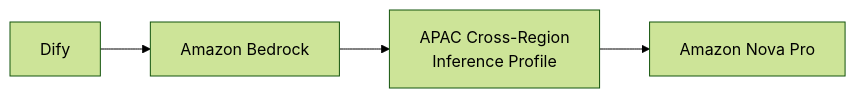
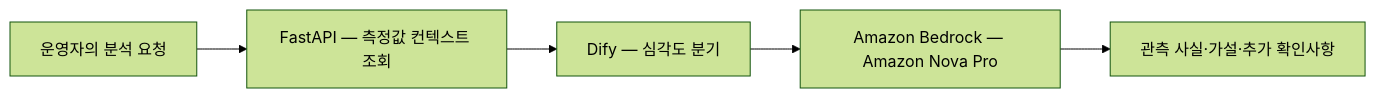
Before and after one commit to Shinsangseok/datacenter-project: the second of 3 diagrams in README.md, drawn with Mermaid (forest theme). The commit also changed other lines of this file, not shown here.

Commit message:
docs: refresh project README with verified AWS architecture (#6)

````diff
--- a/README.md
+++ b/README.md
@@ -98,6 +118,7 @@
 ```mermaid
 flowchart LR
-    D["Dify"] --> B["Amazon Bedrock"]
-    B --> P["APAC Cross-Region<br/>Inference Profile"]
-    P --> N["Amazon Nova Pro"]
+    OP["운영자의 분석 요청"] --> CTX["FastAPI — 측정값 컨텍스트 조회"]
+    CTX --> DIFY["Dify — 심각도 분기"]
+    DIFY --> BEDROCK["Amazon Bedrock — Amazon Nova Pro"]
+    BEDROCK --> RESULT["관측 사실·가설·추가 확인사항"]
 ```
````
